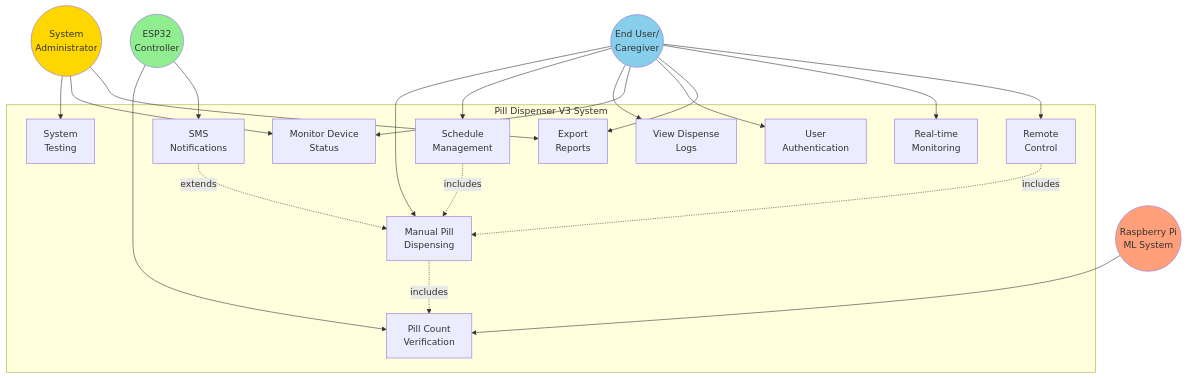
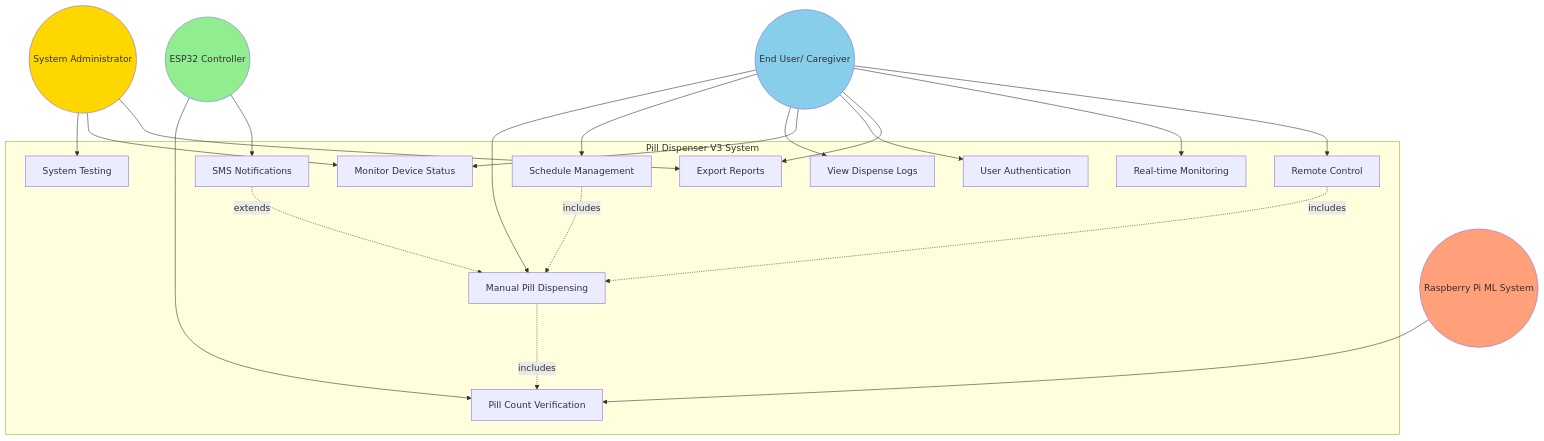
One commit to qppd/Pill-Dispenser-V3 changed the sixth of 17 diagrams in diagram/MERMAID_DIAGRAMS.md. Above: the diagram before and after it, drawn with Mermaid. The commit also changed other lines of this file, not shown here.

Commit message:
Update Mermaid diagrams with rendering fixes

````diff
--- a/diagram/MERMAID_DIAGRAMS.md
+++ b/diagram/MERMAID_DIAGRAMS.md
@@ -323,49 +323,49 @@
 ```mermaid
 graph TB
     subgraph "Pill Dispenser V3 System"
-        UC1[Manual Pill<br/>Dispensing]
-        UC2[Schedule<br/>Management]
-        UC3[View Dispense<br/>Logs]
-        UC4[Monitor Device<br/>Status]
-        UC5[Pill Count<br/>Verification]
-        UC6[User<br/>Authentication]
-        UC7[Export<br/>Reports]
-        UC8[System<br/>Testing]
-        UC9[Real-time<br/>Monitoring]
-        UC10[Remote<br/>Control]
-        UC11[SMS<br/>Notifications]
+        UC1[Manual Pill Dispensing]
+        UC2[Schedule Management]
+        UC3[View Dispense Logs]
+        UC4[Monitor Device Status]
+        UC5[Pill Count Verification]
+        UC6[User Authentication]
+        UC7[Export Reports]
+        UC8[System Testing]
+        UC9[Real-time Monitoring]
+        UC10[Remote Control]
+        UC11[SMS Notifications]
     end
     
-    USER((End User/<br/>Caregiver))
-    ADMIN((System<br/>Administrator))
-    ESP32((ESP32<br/>Controller))
-    RPI((Raspberry Pi<br/>ML System))
+    USER((End User/ Caregiver))
+    ADMIN((System Administrator))
+    ESP32((ESP32 Controller))
+    RPI((Raspberry Pi ML System))
     
     USER --> UC1
     USER --> UC2
     USER --> UC3
     USER --> UC4
     USER --> UC6
     USER --> UC7
     USER --> UC9
     USER --> UC10
     
     ADMIN --> UC8
     ADMIN --> UC4
     ADMIN --> UC7
     
     ESP32 --> UC5
     ESP32 --> UC11
     
     RPI --> UC5
     
     UC1 -.->|includes| UC5
     UC2 -.->|includes| UC1
     UC10 -.->|includes| UC1
     UC11 -.->|extends| UC1
     
     style USER fill:#87CEEB
     style ADMIN fill:#FFD700
     style ESP32 fill:#90EE90
     style RPI fill:#FFA07A
 ```
````
